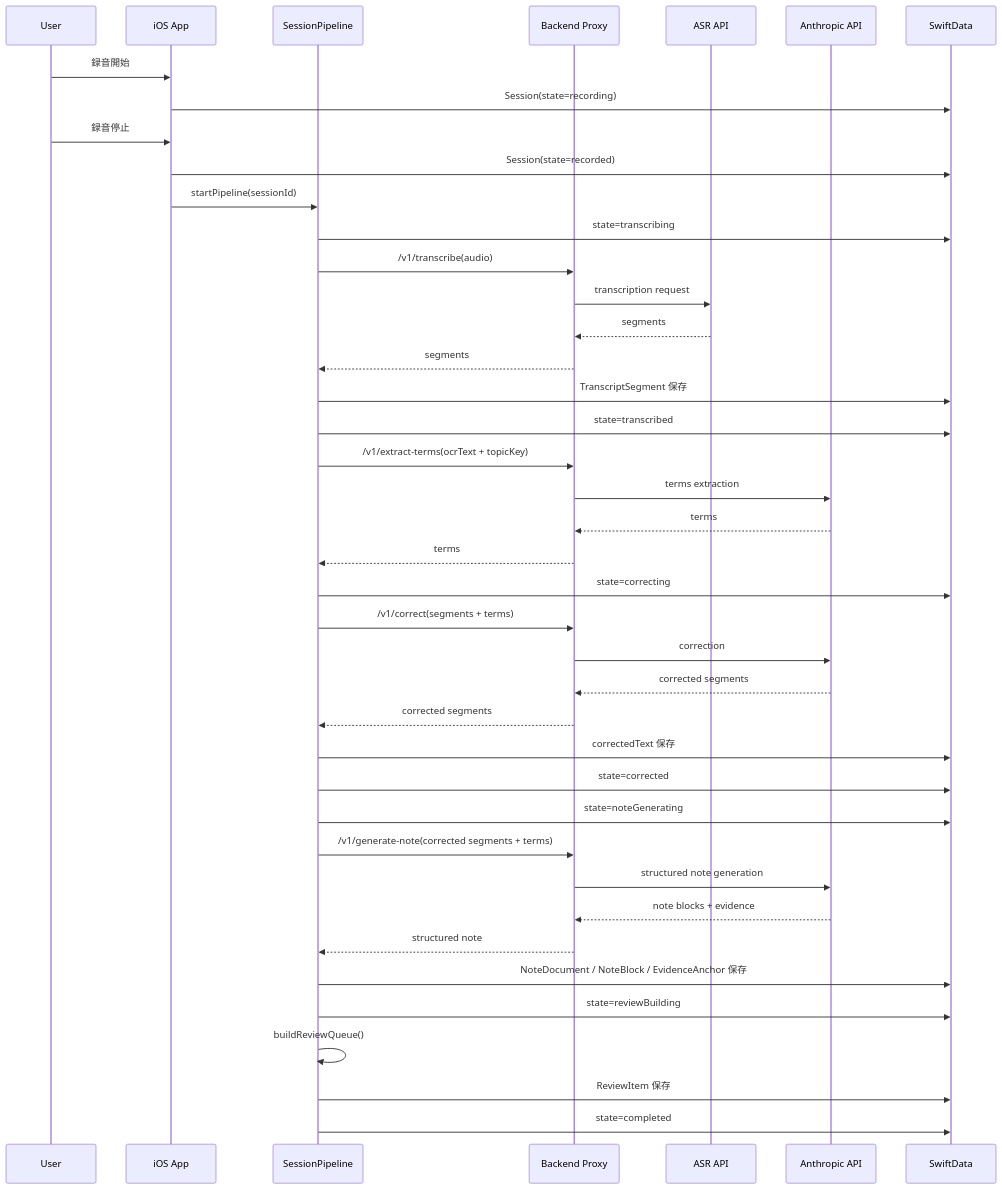
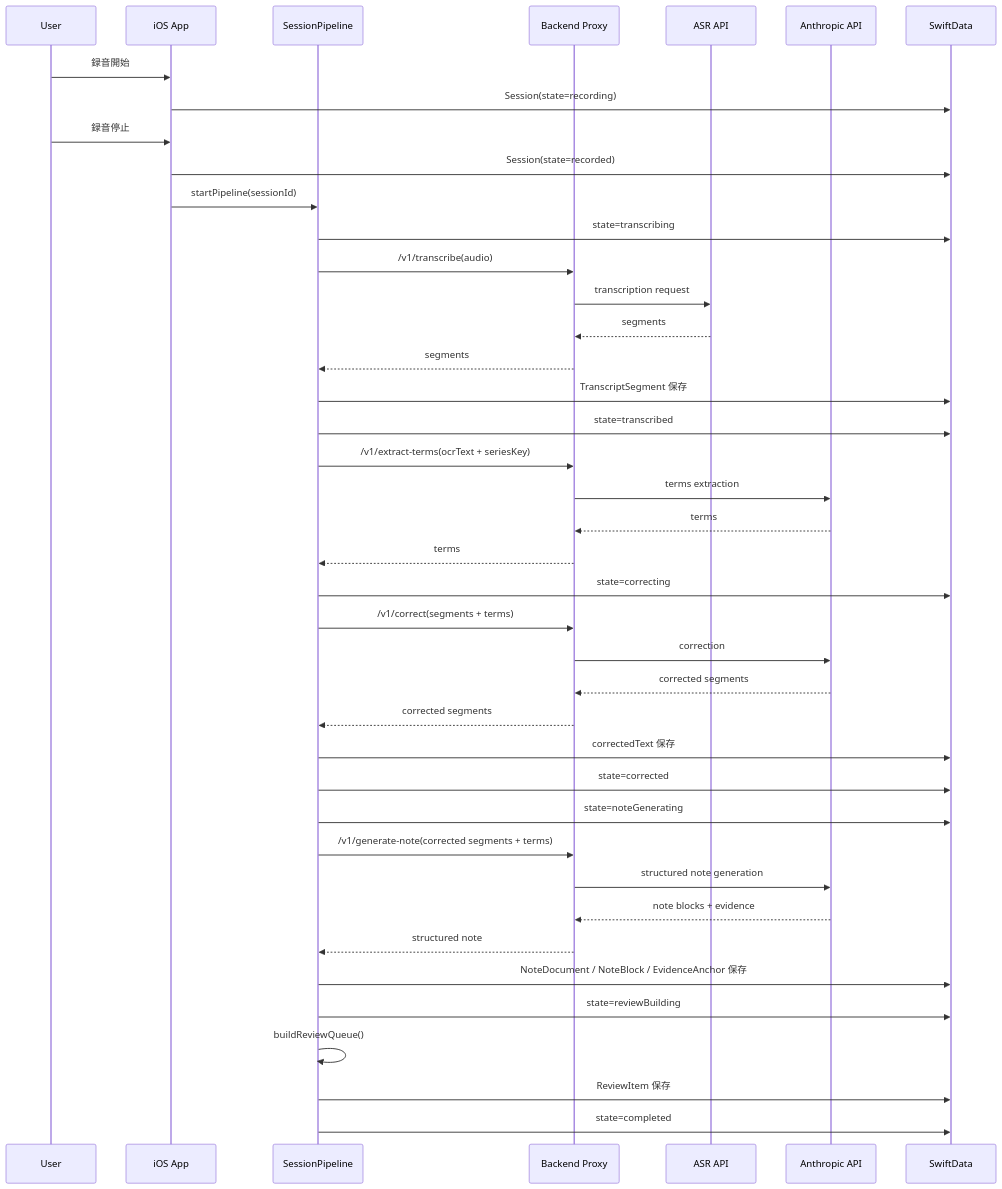
The first of 3 diagrams in STT-Docs/design.md (koichi1115/koenote-docs), drawn with Mermaid before and after one commit. The commit also changed other lines of this file and 1 other file, not shown here.

````diff
--- a/STT-Docs/design.md
+++ b/STT-Docs/design.md
@@ -472,49 +517,49 @@
 ```mermaid
 sequenceDiagram
     participant U as User
     participant App as iOS App
     participant Pipe as SessionPipeline
     participant Proxy as Backend Proxy
     participant ASR as ASR API
     participant AI as Anthropic API
     participant DB as SwiftData
 
     U->>App: 録音開始
     App->>DB: Session(state=recording)
     U->>App: 録音停止
     App->>DB: Session(state=recorded)
 
     App->>Pipe: startPipeline(sessionId)
     Pipe->>DB: state=transcribing
     Pipe->>Proxy: /v1/transcribe(audio)
     Proxy->>ASR: transcription request
     ASR-->>Proxy: segments
     Proxy-->>Pipe: segments
     Pipe->>DB: TranscriptSegment 保存
     Pipe->>DB: state=transcribed
 
-    Pipe->>Proxy: /v1/extract-terms(ocrText + topicKey)
+    Pipe->>Proxy: /v1/extract-terms(ocrText + seriesKey)
     Proxy->>AI: terms extraction
     AI-->>Proxy: terms
     Proxy-->>Pipe: terms
 
     Pipe->>DB: state=correcting
     Pipe->>Proxy: /v1/correct(segments + terms)
     Proxy->>AI: correction
     AI-->>Proxy: corrected segments
     Proxy-->>Pipe: corrected segments
     Pipe->>DB: correctedText 保存
     Pipe->>DB: state=corrected
 
     Pipe->>DB: state=noteGenerating
     Pipe->>Proxy: /v1/generate-note(corrected segments + terms)
     Proxy->>AI: structured note generation
     AI-->>Proxy: note blocks + evidence
     Proxy-->>Pipe: structured note
     Pipe->>DB: NoteDocument / NoteBlock / EvidenceAnchor 保存
 
     Pipe->>DB: state=reviewBuilding
     Pipe->>Pipe: buildReviewQueue()
     Pipe->>DB: ReviewItem 保存
     Pipe->>DB: state=completed
 ```
````
